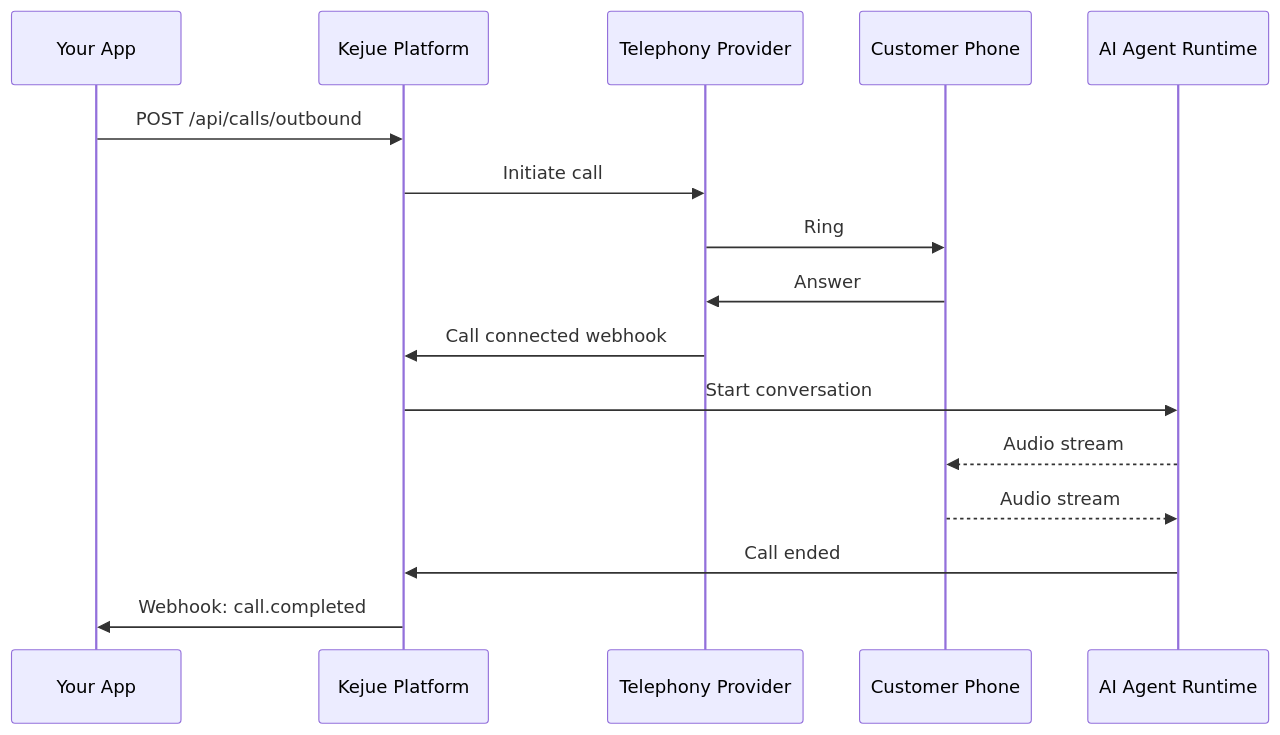
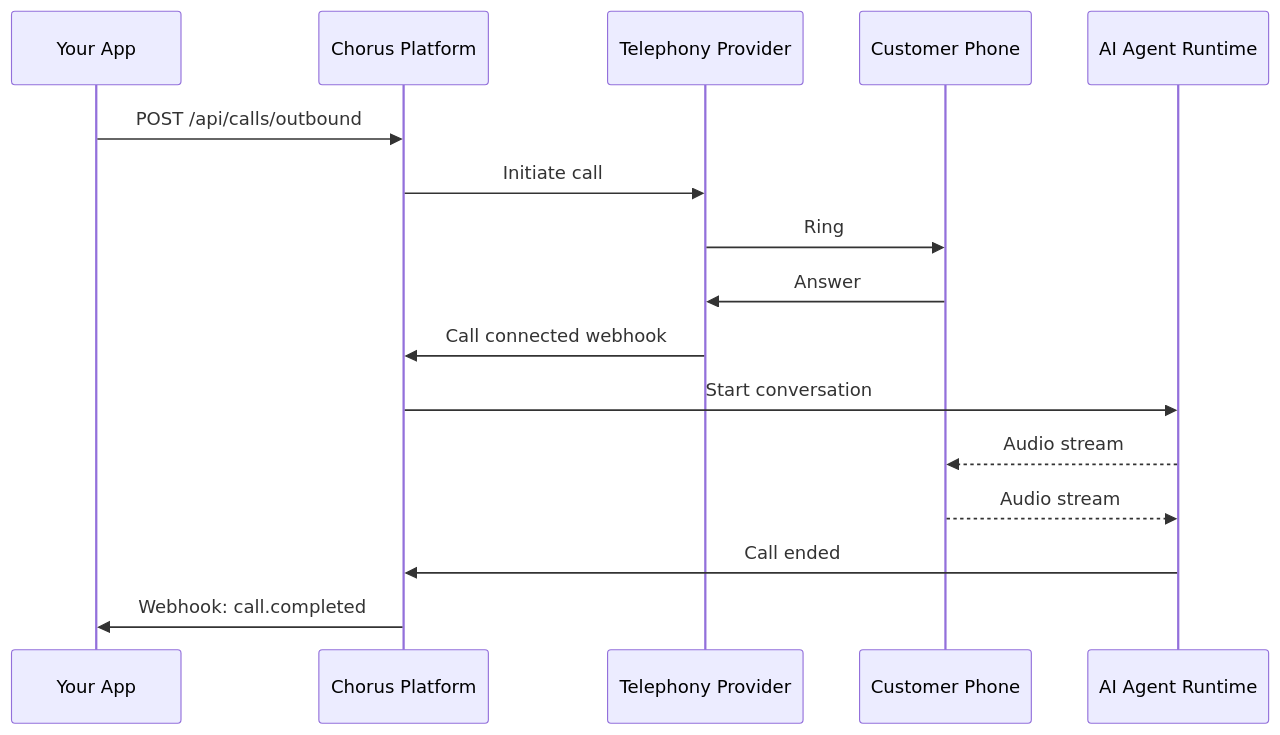
Before and after one commit to Youssef-Abdelsalam-2005/chorus-docs: the first of 2 diagrams in content/docs/(index)/core-concepts/calls.mdx, drawn with Mermaid. The commit also changed other lines of this file and 11 other files, not shown here.

````diff
--- a/content/docs/(index)/core-concepts/calls.mdx
+++ b/content/docs/(index)/core-concepts/calls.mdx
@@ -143,19 +143,19 @@
 ```mermaid
 sequenceDiagram
     participant API as Your App
-    participant Platform as Kejue Platform
+    participant Platform as Chorus Platform
     participant Provider as Telephony Provider
     participant Phone as Customer Phone
     participant Agent as AI Agent Runtime
 
     API->>Platform: POST /api/calls/outbound
     Platform->>Provider: Initiate call
     Provider->>Phone: Ring
     Phone->>Provider: Answer
     Provider->>Platform: Call connected webhook
     Platform->>Agent: Start conversation
     Agent-->>Phone: Audio stream
     Phone-->>Agent: Audio stream
     Agent->>Platform: Call ended
     Platform->>API: Webhook: call.completed
 ```
````
